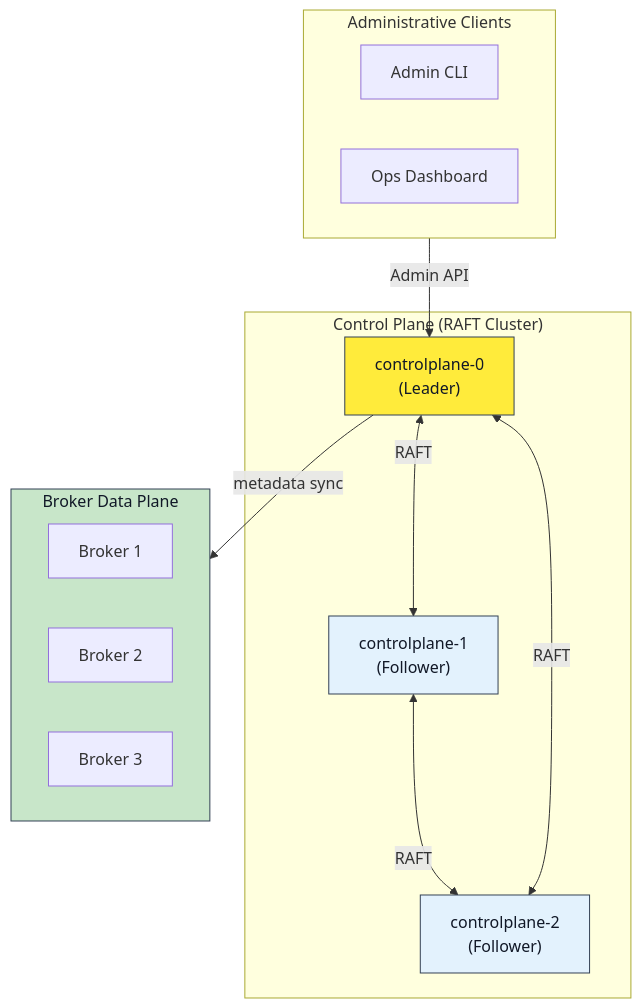
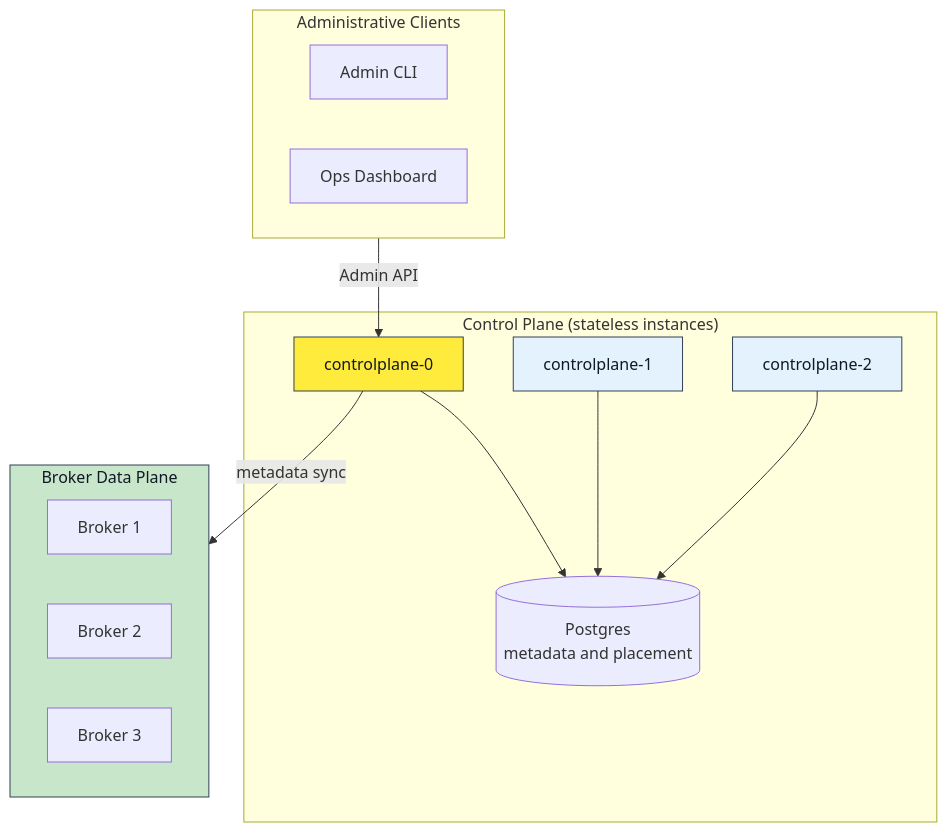
One commit to gabloe/felix changed the first of 3 diagrams in docs-site/src/content/docs/api/control-plane-api.md. Above: the diagram before and after it, drawn with Mermaid. The commit also changed other lines of this file and 21 other files, not shown here.

````diff
--- a/docs-site/src/content/docs/api/control-plane-api.md
+++ b/docs-site/src/content/docs/api/control-plane-api.md
@@ -181,31 +193,32 @@
 ```mermaid
 graph TB
-    subgraph CONTROLPLANE["Control Plane (RAFT Cluster)"]
-        CONTROLPLANE1["controlplane-0<br/>(Leader)"]
-        CONTROLPLANE2["controlplane-1<br/>(Follower)"]
-        CONTROLPLANE3["controlplane-2<br/>(Follower)"]
-        
-        CONTROLPLANE1 <-->|RAFT| CONTROLPLANE2
-        CONTROLPLANE2 <-->|RAFT| CONTROLPLANE3
-        CONTROLPLANE1 <-->|RAFT| CONTROLPLANE3
+    subgraph CONTROLPLANE["Control Plane (stateless instances)"]
+        CONTROLPLANE1["controlplane-0"]
+        CONTROLPLANE2["controlplane-1"]
+        CONTROLPLANE3["controlplane-2"]
+        PG[("Postgres<br/>metadata and placement")]
+
+        CONTROLPLANE1 --> PG
+        CONTROLPLANE2 --> PG
+        CONTROLPLANE3 --> PG
     end
     
     subgraph Brokers["Broker Data Plane"]
         B1[Broker 1]
         B2[Broker 2]
         B3[Broker 3]
     end
     
     subgraph Clients["Administrative Clients"]
         Admin[Admin CLI]
         Ops[Ops Dashboard]
     end
     
     CONTROLPLANE1 -->|metadata sync| Brokers
     Clients -->|Admin API| CONTROLPLANE1
     
     style CONTROLPLANE1 fill:#ffeb3b,stroke:#334155,color:#111827
     style CONTROLPLANE2 fill:#e3f2fd,stroke:#334155,color:#111827
     style CONTROLPLANE3 fill:#e3f2fd,stroke:#334155,color:#111827
     style Brokers fill:#c8e6c9,stroke:#334155,color:#111827
 ```
````
